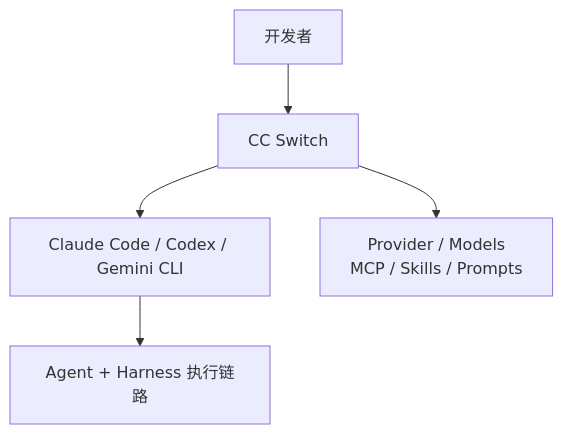
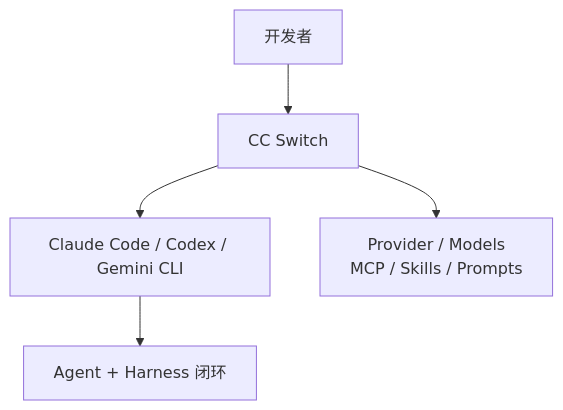
Before and after one commit to boycecong-hue/OCTOPUS-GAME-AI-SHARE: the second of 4 diagrams in sections/03-ccswitch.md, drawn with Mermaid. The commit also changed other lines of this file and 19 other files, not shown here.

````diff
--- a/sections/03-ccswitch.md
+++ b/sections/03-ccswitch.md
@@ -33,7 +33,7 @@
 ```mermaid
 flowchart TB
     U["开发者"] --> C["CC Switch"]
     C --> CLI["Claude Code / Codex / Gemini CLI"]
     C --> CFG["Provider / Models<br/>MCP / Skills / Prompts"]
-    CLI --> H["Agent + Harness 执行链路"]
+    CLI --> H["Agent + Harness 闭环"]
 ```
````
